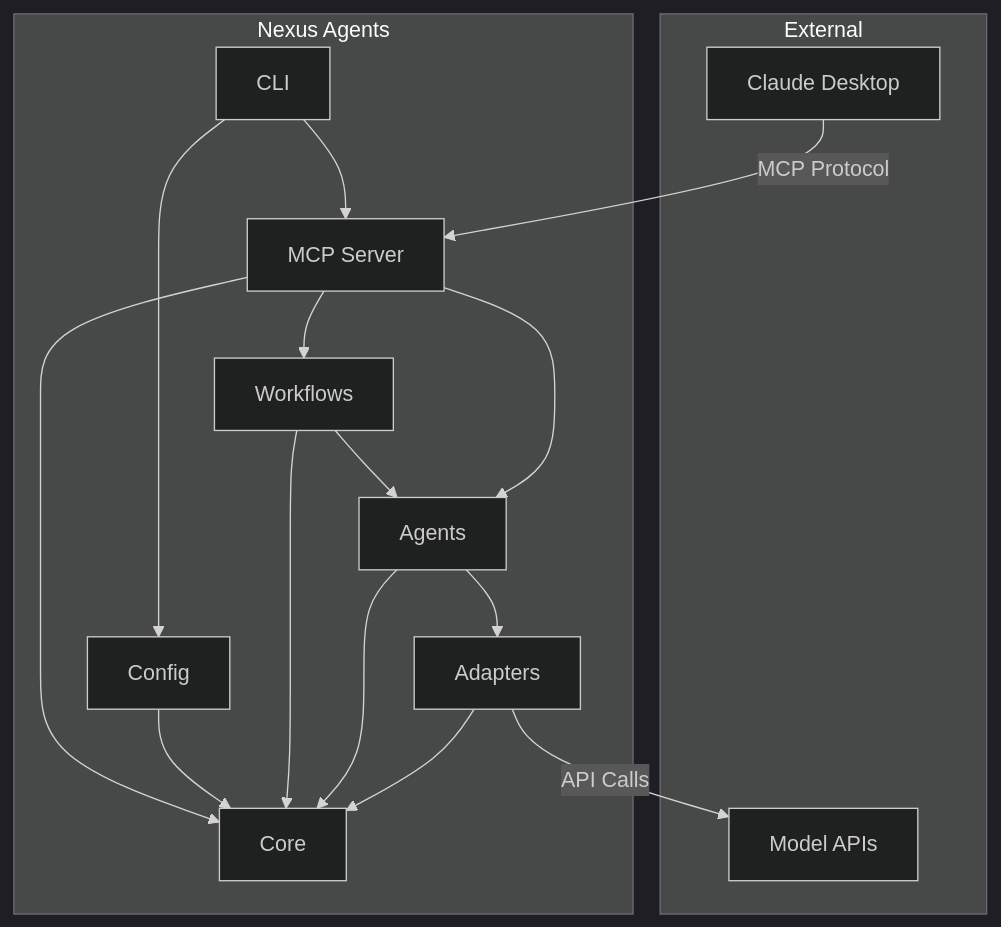
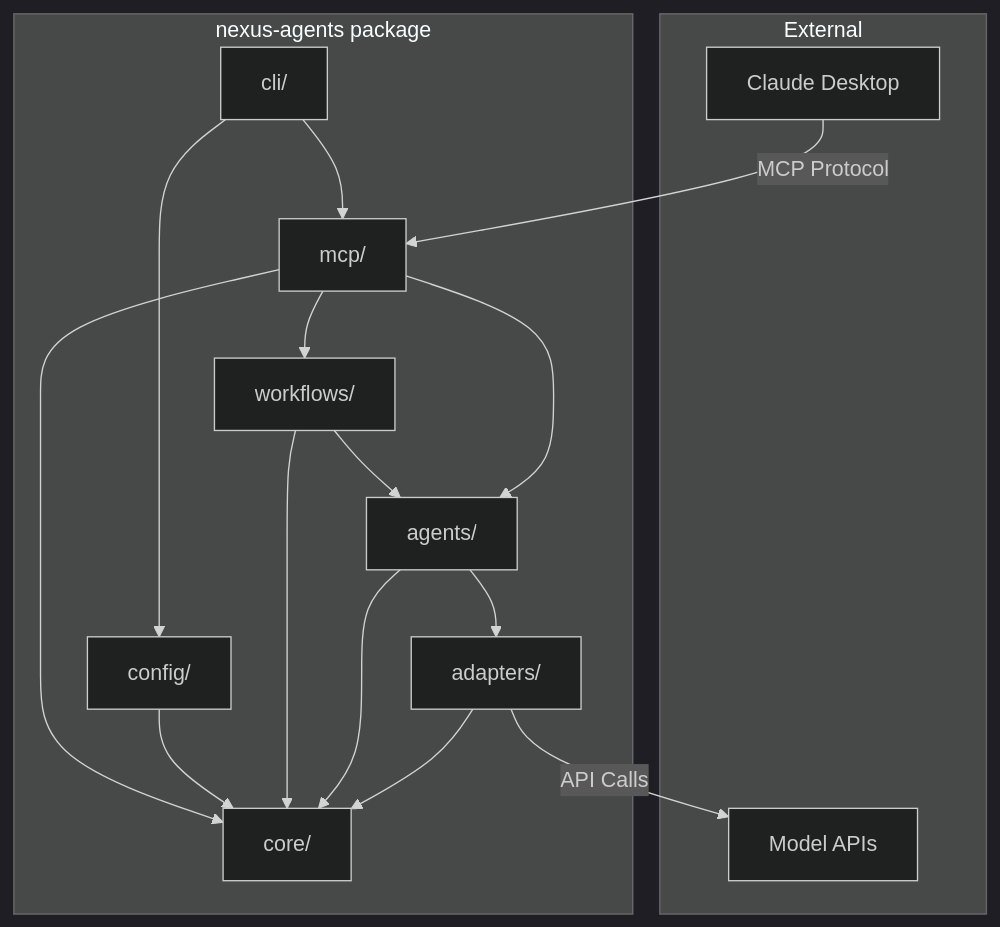
Before and after one commit to nexus-substrate/nexus-agents: the first of 4 diagrams in ARCHITECTURE.md, drawn with Mermaid (dark theme). The commit also changed other lines of this file and 4 other files, not shown here.

````diff
--- a/ARCHITECTURE.md
+++ b/ARCHITECTURE.md
@@ -54,31 +92,31 @@
 ```mermaid
 graph TD
     subgraph External
         CD[Claude Desktop]
         API[Model APIs]
     end
 
-    subgraph "Nexus Agents"
-        MCP[MCP Server]
-        CLI[CLI]
-        WF[Workflows]
-        AG[Agents]
-        AD[Adapters]
-        CFG[Config]
-        CORE[Core]
+    subgraph "nexus-agents package"
+        MCP[mcp/]
+        CLI[cli/]
+        WF[workflows/]
+        AG[agents/]
+        AD[adapters/]
+        CFG[config/]
+        CORE[core/]
     end
 
     CD -->|MCP Protocol| MCP
     CLI --> CFG
     CLI --> MCP
     MCP --> WF
     MCP --> AG
     WF --> AG
     AG --> AD
     AD -->|API Calls| API
     AD --> CORE
     AG --> CORE
     WF --> CORE
     CFG --> CORE
     MCP --> CORE
 ```
````
